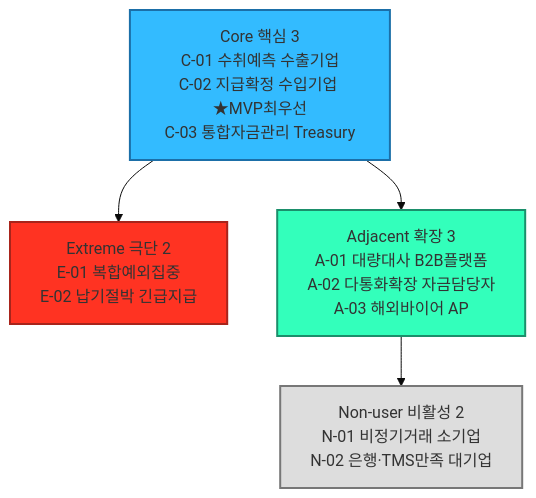
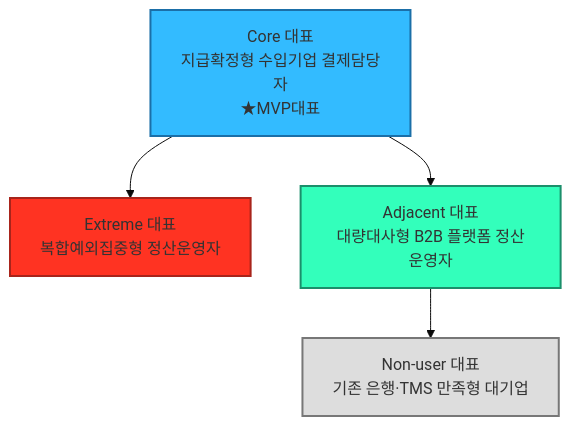
Before and after one commit to jennie-brain/business-analysis-frameworks: the second of 2 diagrams in 05_페르소나_고객여정지도/01_페르소나스펙트럼_분석보고서.md, drawn with Mermaid (base theme). The commit also changed other lines of this file, not shown here.

````diff
--- a/05_페르소나_고객여정지도/01_페르소나스펙트럼_분석보고서.md
+++ b/05_페르소나_고객여정지도/01_페르소나스펙트럼_분석보고서.md
@@ -228,16 +146,16 @@
 ```mermaid
 flowchart TB
-    CORE["Core 핵심 3<br/>C-01 수취예측 수출기업<br/>C-02 지급확정 수입기업 ★MVP최우선<br/>C-03 통합자금관리 Treasury"]
-    EXT["Extreme 극단 2<br/>E-01 복합예외집중<br/>E-02 납기절박 긴급지급"]
-    ADJ["Adjacent 확장 3<br/>A-01 대량대사 B2B플랫폼<br/>A-02 다통화확장 자금담당자<br/>A-03 해외바이어 AP"]
-    NON["Non-user 비활성 2<br/>N-01 비정기거래 소기업<br/>N-02 은행·TMS만족 대기업"]
+    CORE["Core 대표<br/>지급확정형 수입기업 결제담당자<br/>★MVP대표"]
+    EXT["Extreme 대표<br/>복합예외집중형 정산운영자"]
+    ADJ["Adjacent 대표<br/>대량대사형 B2B 플랫폼 정산운영자"]
+    NON["Non-user 대표<br/>기존 은행·TMS 만족형 대기업"]
 
     CORE --> EXT
     CORE --> ADJ
     ADJ --> NON
 
     style CORE fill:#33BBFF,stroke:#1b6fa8,stroke-width:2px
     style EXT fill:#FF3322,stroke:#a8241b,stroke-width:2px
     style ADJ fill:#33FFBB,stroke:#1b8f6b,stroke-width:2px
     style NON fill:#DDDDDD,stroke:#777777,stroke-width:2px
 ```
````
